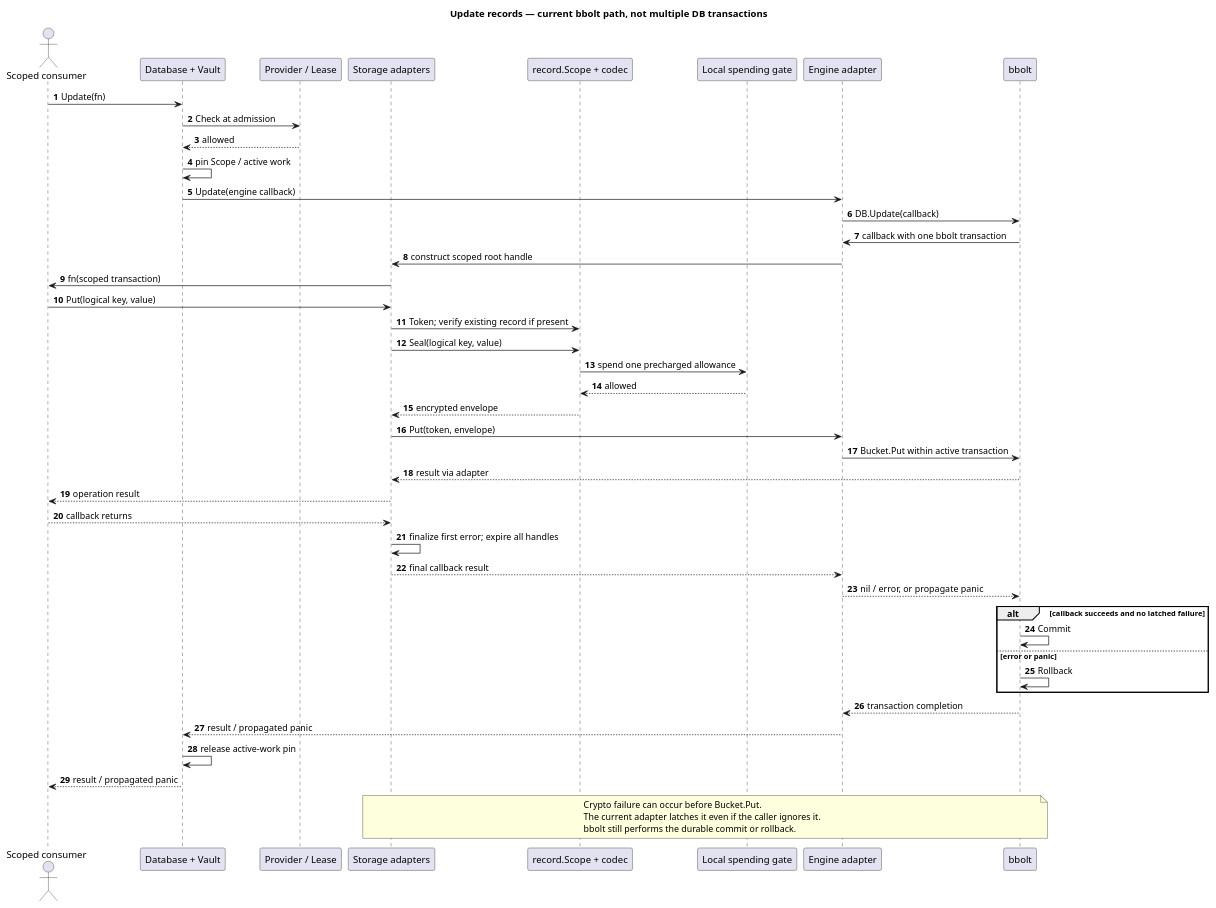
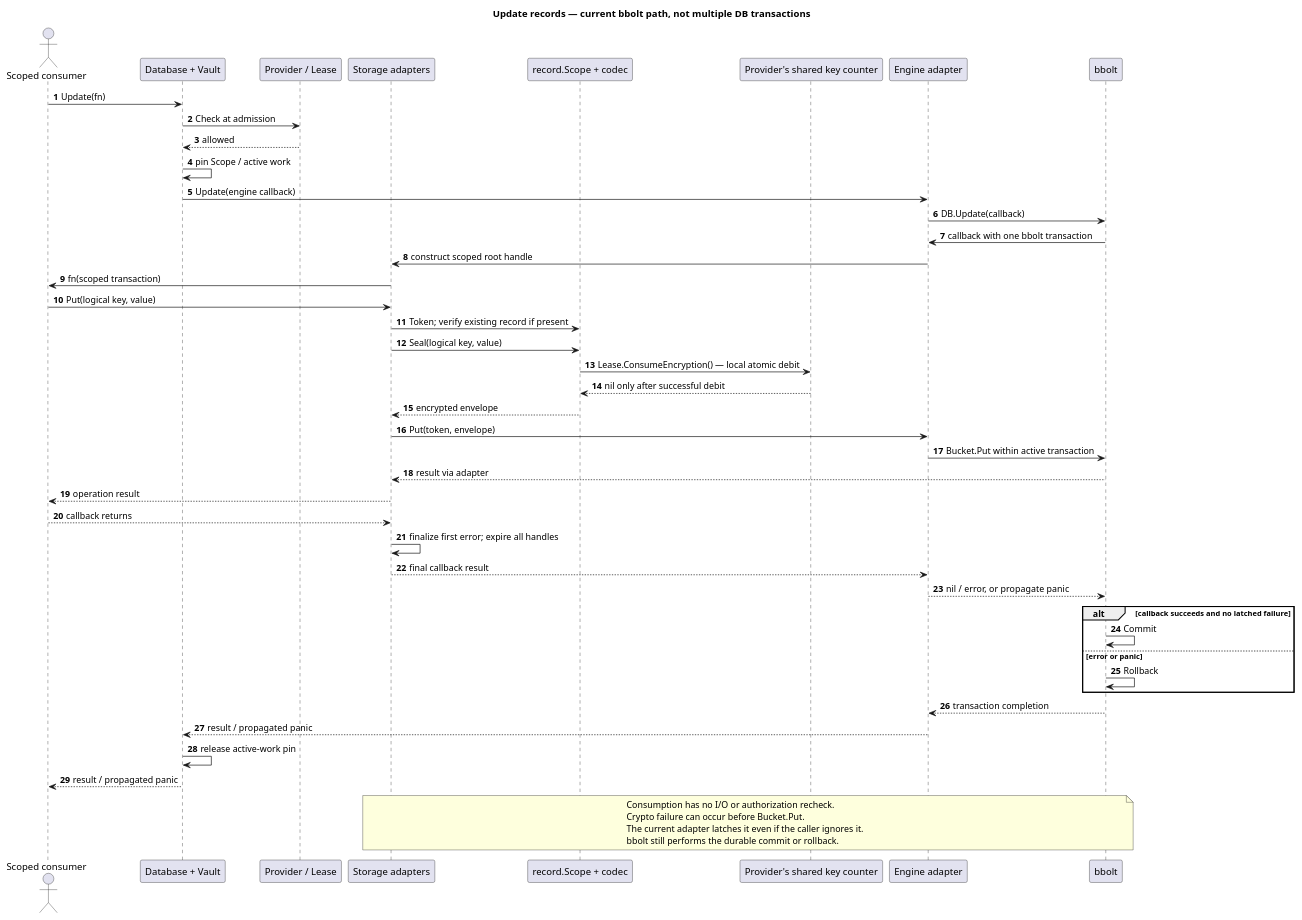
One commit to lainio/ic changed the fourth of 4 diagrams in docs/architecture/managed-storage-current-system.md. Above: the diagram before and after it, drawn with PlantUML. The commit also changed other lines of this file and 15 other files, not shown here.

```diff
--- a/docs/architecture/managed-storage-current-system.md
+++ b/docs/architecture/managed-storage-current-system.md
@@ -280,52 +285,53 @@
 ~~~plantuml
 @startuml
 skinparam shadowing false
 autonumber
 title Update records — current bbolt path, not multiple DB transactions
 actor "Scoped consumer" as Consumer
 participant "Database + Vault" as Vault
 participant "Provider / Lease" as Lease
 participant "Storage adapters" as Tx
 participant "record.Scope + codec" as Codec
-participant "Local spending gate" as Gate
+participant "Provider's shared key counter" as Gate
 participant "Engine adapter" as Engine
 participant "bbolt" as Bolt
 Consumer -> Vault : Update(fn)
 Vault -> Lease : Check at admission
 Lease --> Vault : allowed
 Vault -> Vault : pin Scope / active work
 Vault -> Engine : Update(engine callback)
 Engine -> Bolt : DB.Update(callback)
 Bolt -> Engine : callback with one bbolt transaction
 Engine -> Tx : construct scoped root handle
 Tx -> Consumer : fn(scoped transaction)
 Consumer -> Tx : Put(logical key, value)
 Tx -> Codec : Token; verify existing record if present
 Tx -> Codec : Seal(logical key, value)
-Codec -> Gate : spend one precharged allowance
-Gate --> Codec : allowed
+Codec -> Gate : Lease.ConsumeEncryption() — local atomic debit
+Gate --> Codec : nil only after successful debit
 Codec --> Tx : encrypted envelope
 Tx -> Engine : Put(token, envelope)
 Engine -> Bolt : Bucket.Put within active transaction
 Bolt --> Tx : result via adapter
 Tx --> Consumer : operation result
 Consumer --> Tx : callback returns
 Tx -> Tx : finalize first error; expire all handles
 Tx --> Engine : final callback result
 Engine --> Bolt : nil / error, or propagate panic
 alt callback succeeds and no latched failure
     Bolt -> Bolt : Commit
 else error or panic
     Bolt -> Bolt : Rollback
 end
 Bolt --> Engine : transaction completion
 Engine --> Vault : result / propagated panic
 Vault -> Vault : release active-work pin
 Vault --> Consumer : result / propagated panic
 note over Tx, Bolt
+  Consumption has no I/O or authorization recheck.
   Crypto failure can occur before Bucket.Put.
   The current adapter latches it even if the caller ignores it.
   bbolt still performs the durable commit or rollback.
 end note
 @enduml
 ~~~
```
